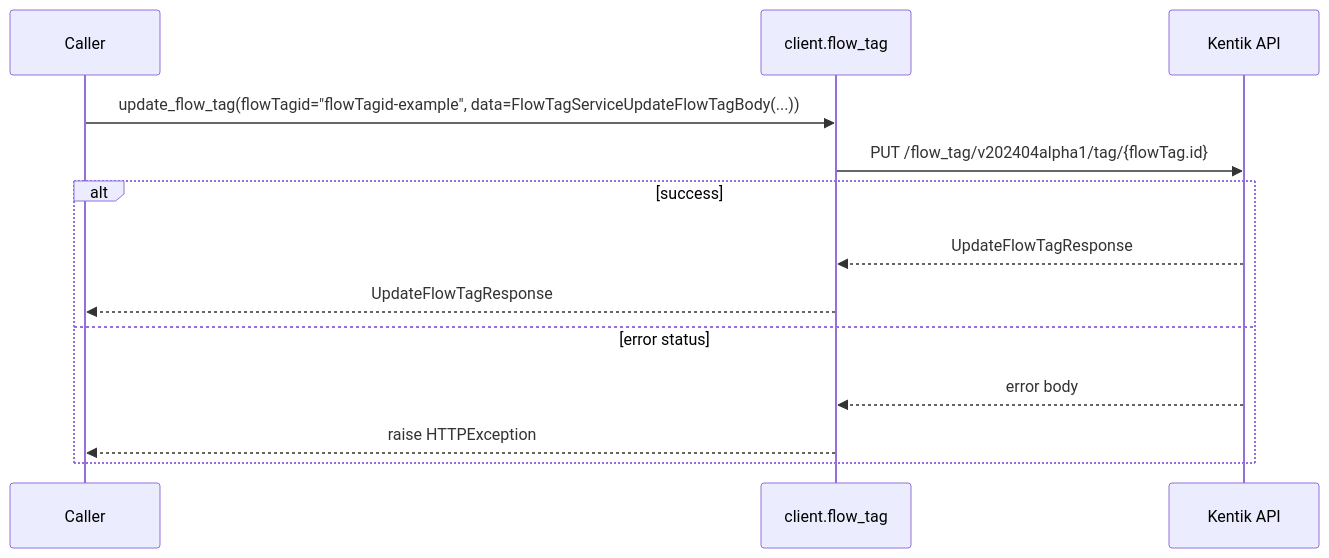
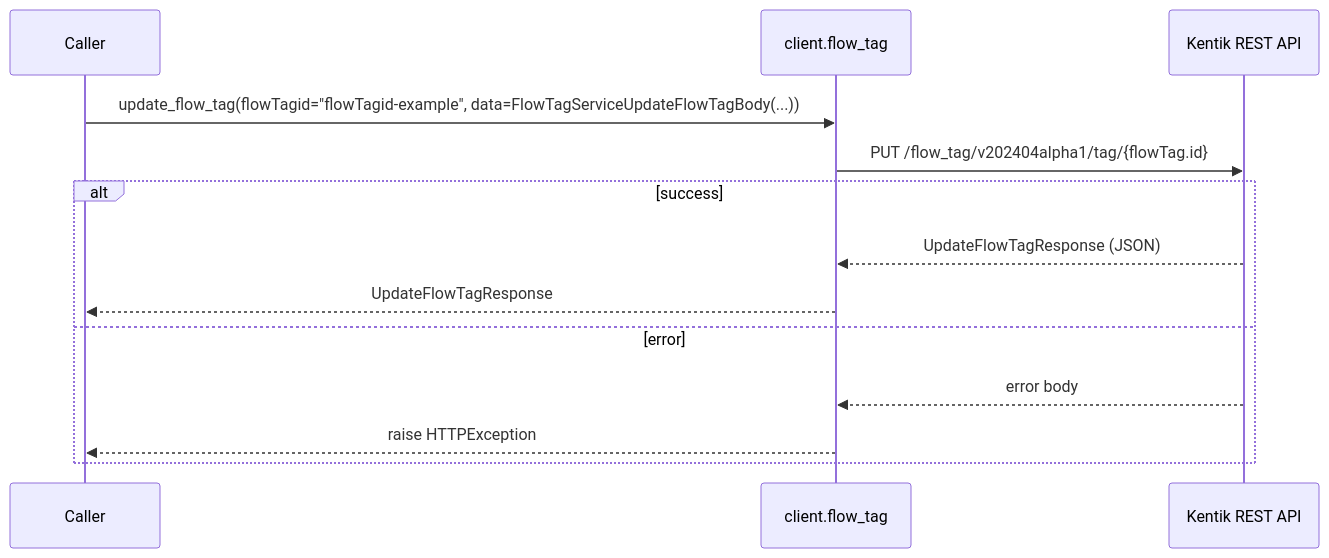
Before and after one commit to alexdearaujo/community_sdk_python: the eighth of 12 diagrams in docs/sphinx/services/flow_tag.md, drawn with Mermaid. The commit also changed other lines of this file and 61 other files, not shown here.

````diff
--- a/docs/sphinx/services/flow_tag.md
+++ b/docs/sphinx/services/flow_tag.md
@@ -185,16 +262,16 @@
 ```mermaid
 sequenceDiagram
     participant C as Caller
     participant W as client.flow_tag
-    participant API as Kentik API
+    participant API as Kentik REST API
 
     C->>W: update_flow_tag(flowTagid="flowTagid-example", data=FlowTagServiceUpdateFlowTagBody(...))
     W->>API: PUT /flow_tag/v202404alpha1/tag/{flowTag.id}
     alt success
-        API-->>W: UpdateFlowTagResponse
+        API-->>W: UpdateFlowTagResponse (JSON)
         W-->>C: UpdateFlowTagResponse
-    else error status
+    else error
         API-->>W: error body
         W-->>C: raise HTTPException
     end
 ```
````
